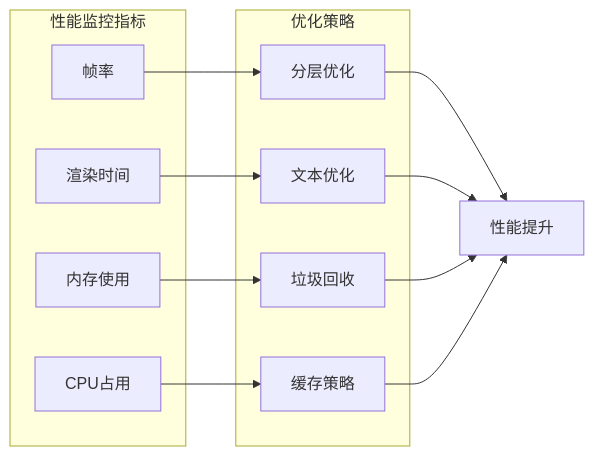
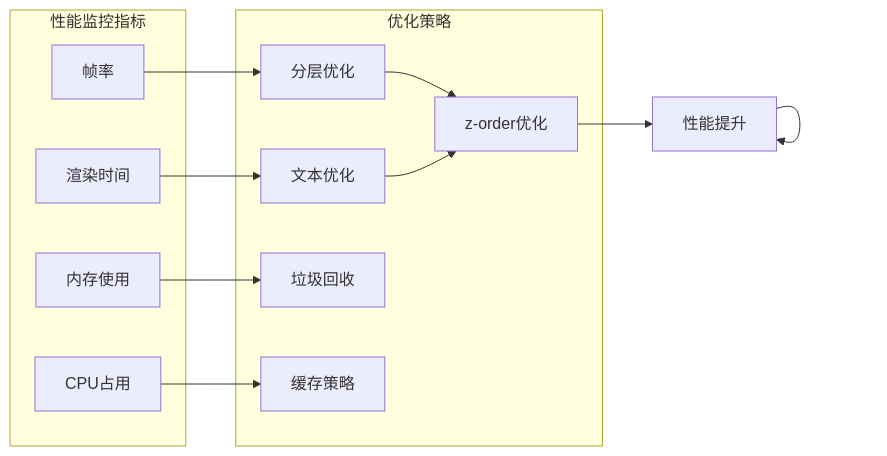
The ninth of 9 diagrams in .qoder/repowiki/zh/content/C++渲染层/BaseRenderer基础渲染器.md (xingye00186/PHP-Data-UI-Framework-powered-by-swooleAOT), drawn with Mermaid before and after one commit. The commit also changed other lines of this file and 3 other files, not shown here.

````diff
--- a/.qoder/repowiki/zh/content/C++渲染层/BaseRenderer基础渲染器.md
+++ b/.qoder/repowiki/zh/content/C++渲染层/BaseRenderer基础渲染器.md
@@ -389,23 +427,24 @@
 ```mermaid
 flowchart LR
 subgraph "性能监控指标"
 FPS[帧率]
 RenderTime[渲染时间]
 Memory[内存使用]
 CPU[CPU占用]
 end
 subgraph "优化策略"
 LayerOpt[分层优化]
 TextOpt[文本优化]
 GC[垃圾回收]
 Cache[缓存策略]
+ZOrderOpt[z-order优化]
 end
 FPS --> LayerOpt
 RenderTime --> TextOpt
 Memory --> GC
 CPU --> Cache
-LayerOpt --> Optimize[性能提升]
-TextOpt --> Optimize
-GC --> Optimize
-Cache --> Optimize
+LayerOpt --> ZOrderOpt
+TextOpt --> ZOrderOpt
+ZOrderOpt --> Optimize[性能提升]
+Optimize --> Optimize
 ```
````
